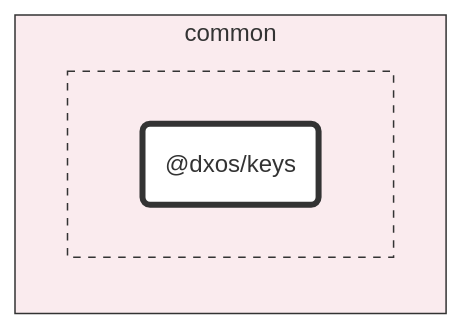
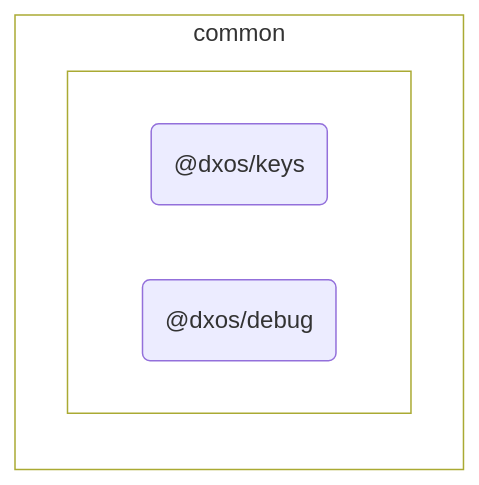
The diagram in packages/common/keys/docs/README.md (dxos/dxos), drawn with Mermaid before and after one commit. The commit also changed other lines of this file and 126 other files, not shown here.

````diff
--- a/packages/common/keys/docs/README.md
+++ b/packages/common/keys/docs/README.md
@@ -7,24 +7,23 @@
 ```mermaid
 %%{ init: {'flowchart':{'curve':'basis'}} }%%
 
 flowchart LR
 
 %% Classes
-classDef def fill:#fff,stroke:#333,stroke-width:1px
-classDef root fill:#fff,stroke:#333,stroke-width:4px
+
+
 
 %% Nodes
 
 subgraph common [common]
-  style common fill:#faebee,stroke:#333
+  style common fill:transparent
 
   subgraph _ [ ]
-    style _ fill:#faebee,stroke:#333,stroke-dasharray:5 5
+    style _ fill:transparent
     dxos/keys("@dxos/keys"):::root
     click dxos/keys "dxos/dxos/tree/main/packages/common/keys/docs"
+    dxos/debug("@dxos/debug"):::def
+    click dxos/debug "dxos/dxos/tree/main/packages/common/debug/docs"
   end
 end
-
-%% Links
-linkStyle default stroke:#333,stroke-width:1px
 ```
````
